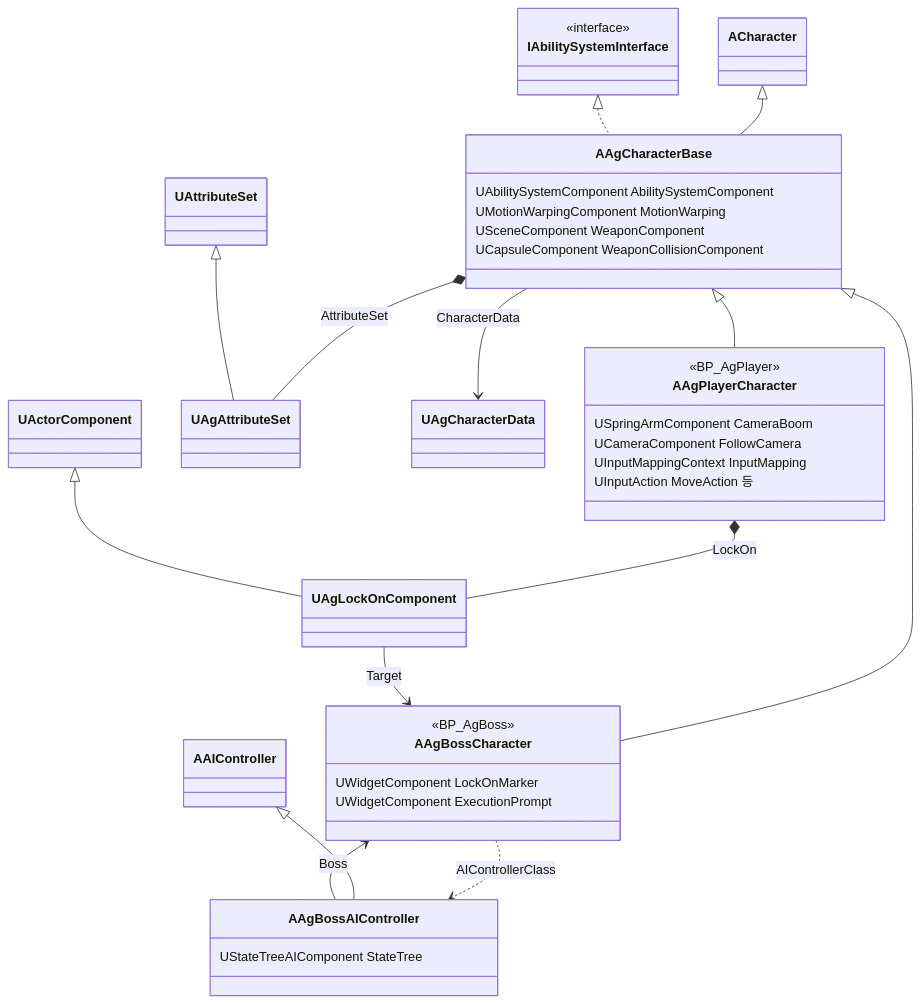
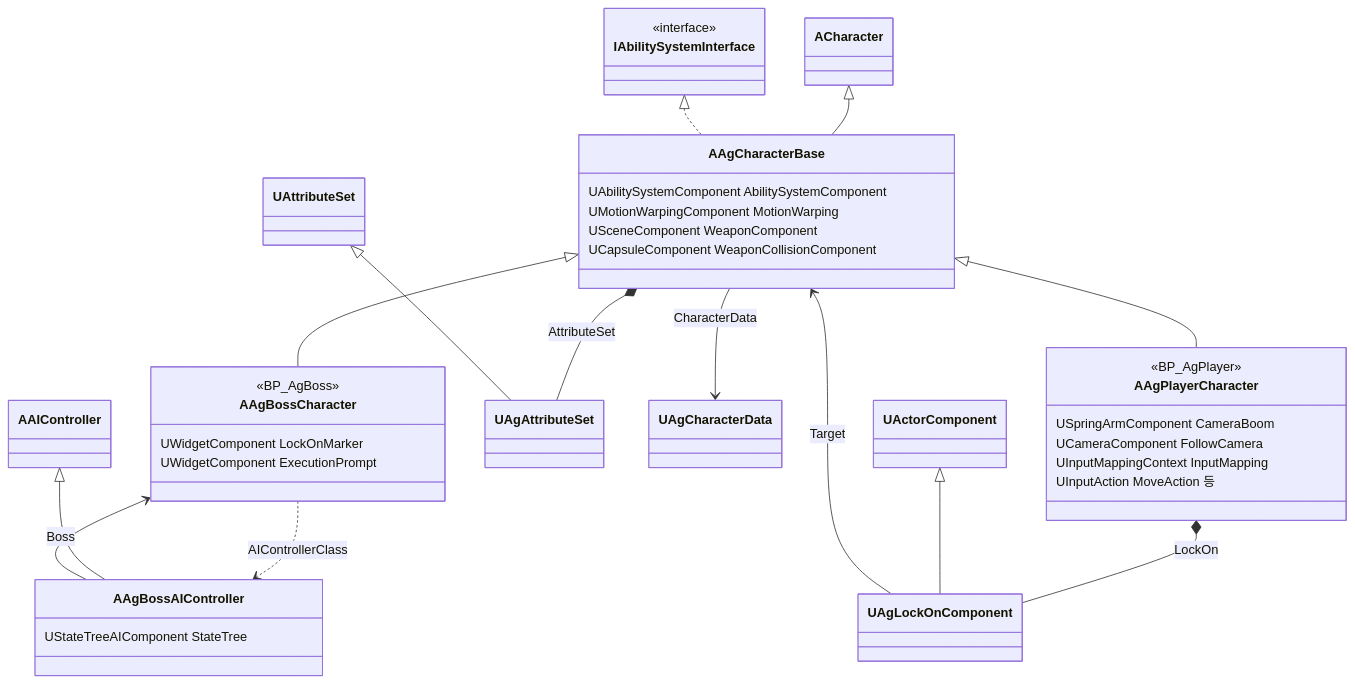
The second of 20 diagrams in Docs/Program/클래스 구조도.md (Woogl/Ag), drawn with Mermaid before and after one commit. The commit also changed other lines of this file and 33 other files, not shown here.

First line of the commit message:
구현: 대상 찾기·AI 대상·B1·히트스톱·결과 판정에서 보스 1명 전제를 걷어 냄 (구현 계획서 '공격 보정'·'히트스톱'·'대상 찾기'·'AI 대상'·'B1'·'비전투'·'락온'·'HUD'·'결과 처리', 데이터 위치표, 클래스 구조도)

````diff
--- a/Docs/Program/클래스 구조도.md
+++ b/Docs/Program/클래스 구조도.md
@@ -58,42 +58,42 @@
 ```mermaid
 classDiagram
     direction TB
     class IAbilitySystemInterface {
         <<interface>>
     }
     class AAgCharacterBase {
         UAbilitySystemComponent AbilitySystemComponent
         UMotionWarpingComponent MotionWarping
         USceneComponent WeaponComponent
         UCapsuleComponent WeaponCollisionComponent
     }
     class AAgPlayerCharacter {
         <<BP_AgPlayer>>
         USpringArmComponent CameraBoom
         UCameraComponent FollowCamera
         UInputMappingContext InputMapping
         UInputAction MoveAction 등
     }
     class AAgBossCharacter {
         <<BP_AgBoss>>
         UWidgetComponent LockOnMarker
         UWidgetComponent ExecutionPrompt
     }
     class AAgBossAIController {
         UStateTreeAIComponent StateTree
     }
     ACharacter <|-- AAgCharacterBase
     IAbilitySystemInterface <|.. AAgCharacterBase
     AAgCharacterBase <|-- AAgPlayerCharacter
     AAgCharacterBase <|-- AAgBossCharacter
 
     AAgCharacterBase *-- UAgAttributeSet : AttributeSet
     UAttributeSet <|-- UAgAttributeSet
     AAgCharacterBase --> UAgCharacterData : CharacterData
     AAgPlayerCharacter *-- UAgLockOnComponent : LockOn
     UActorComponent <|-- UAgLockOnComponent
-    UAgLockOnComponent --> AAgBossCharacter : Target
+    UAgLockOnComponent --> AAgCharacterBase : Target
     AAgBossCharacter ..> AAgBossAIController : AIControllerClass
     AAIController <|-- AAgBossAIController
     AAgBossAIController --> AAgBossCharacter : Boss
 ```
````
